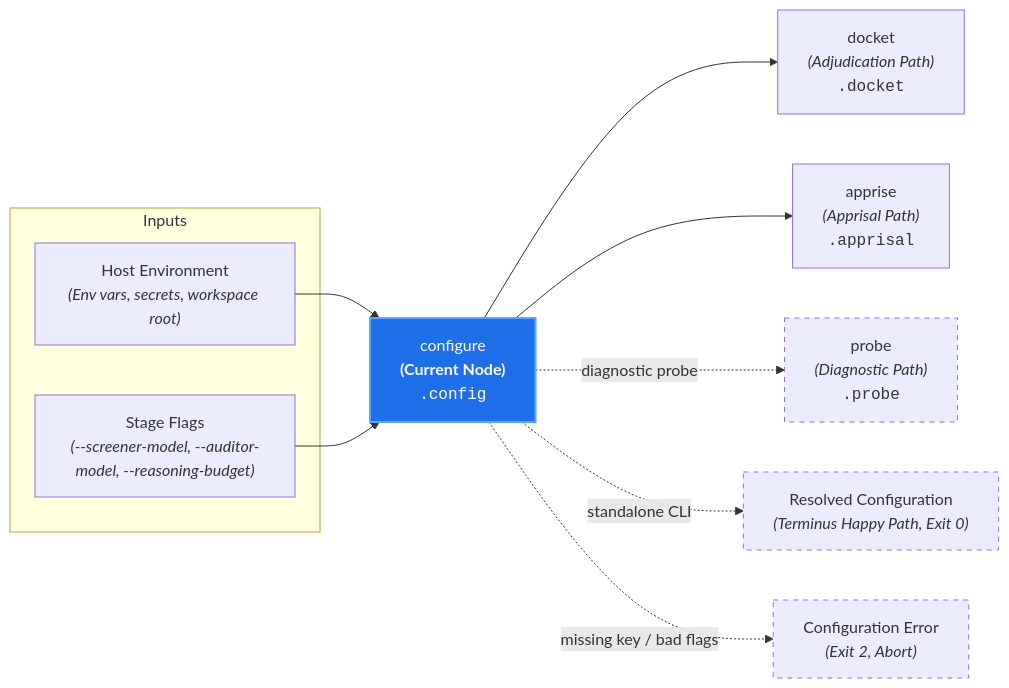
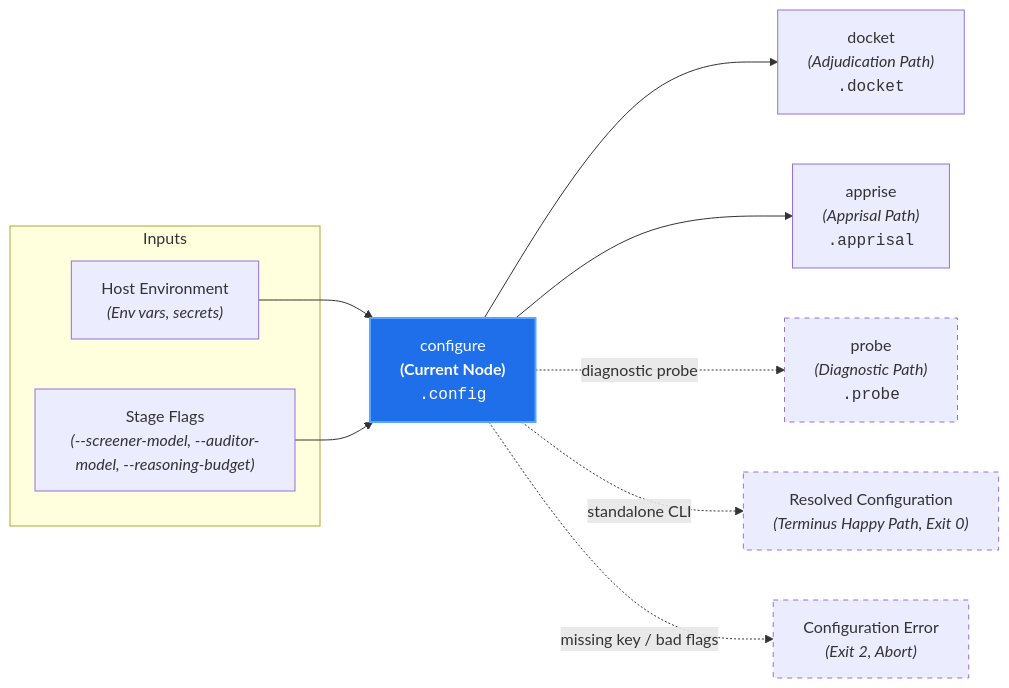
The diagram in docs/architecture/nodes/configure.md (PAIR-code/canon-clerk), drawn with Mermaid before and after one commit. The commit also changed other lines of this file and 5 other files, not shown here.

Commit message:
docs(architecture): adopt latest gemini model aliases and prune cwd from configure

````diff
--- a/docs/architecture/nodes/configure.md
+++ b/docs/architecture/nodes/configure.md
@@ -21,21 +21,21 @@
 ```mermaid
 flowchart LR
     subgraph Inputs["Inputs"]
-        Env["Host Environment<br/><i>(Env vars, secrets, workspace root)</i>"]
+        Env["Host Environment<br/><i>(Env vars, secrets)</i>"]
         Params["Stage Flags<br/><i>(--screener-model, --auditor-model, --reasoning-budget)</i>"]
     end
 
     Env --> Config["configure<br/><b>(Current Node)</b><br/><code>.config</code>"]
     Params --> Config
 
     Config --> Docket["docket<br/><i>(Adjudication Path)</i><br/><code>.docket</code>"]
     Config --> Apprise["apprise<br/><i>(Apprisal Path)</i><br/><code>.apprisal</code>"]
     Config -. "diagnostic probe" .-> Probe["probe<br/><i>(Diagnostic Path)</i><br/><code>.probe</code>"]
     Config -. "standalone CLI" .-> ConfigReport["Resolved Configuration<br/><i>(Terminus Happy Path, Exit 0)</i>"]
     Config -. "missing key / bad flags" .-> Error["Configuration Error<br/><i>(Exit 2, Abort)</i>"]
 
     style Config fill:#1f6feb,stroke:#58a6ff,stroke-width:2px,color:#fff
     style ConfigReport stroke-dasharray: 5 5
     style Probe stroke-dasharray: 5 5
     style Error stroke-dasharray: 5 5
 ```
````
